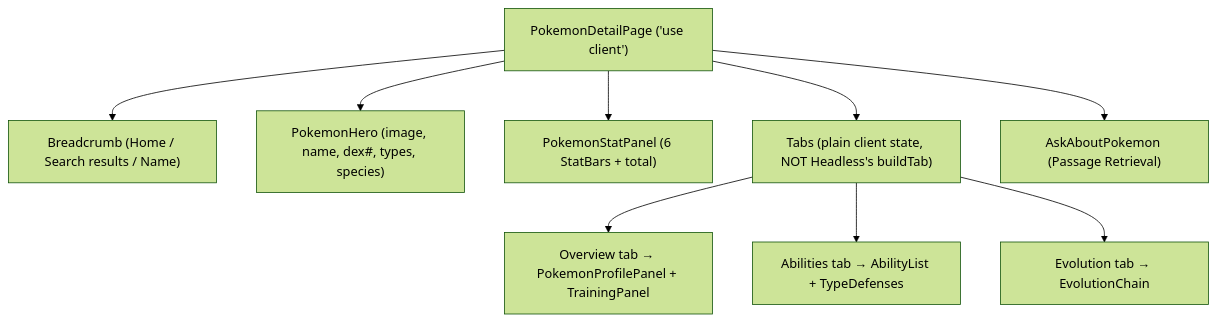
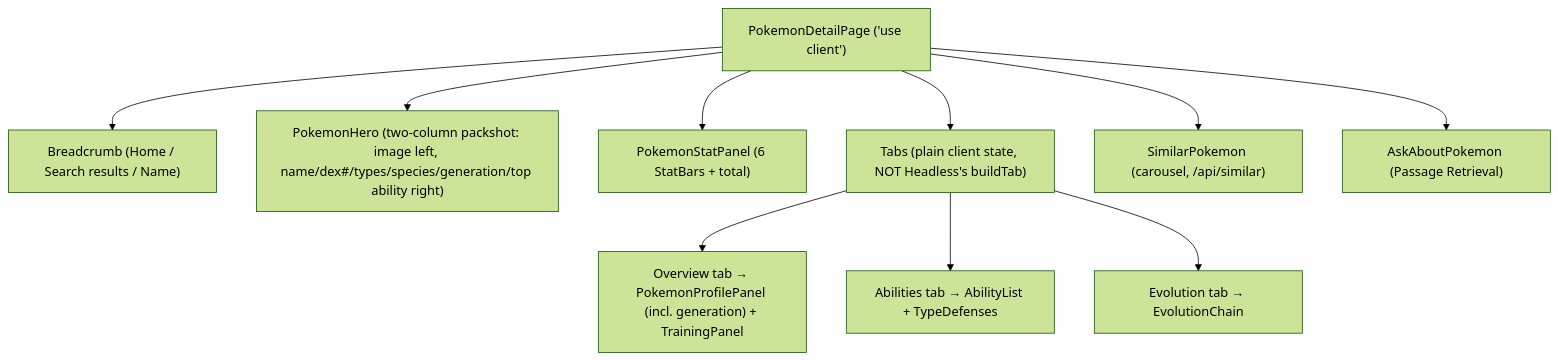
Before and after one commit to venkateshnalla94/coveo-pokemon-assessment: the first of 2 diagrams in docs/architecture/03-detail-page.md, drawn with Mermaid (forest theme). The commit also changed other lines of this file and 15 other files, not shown here.

First line of the commit message:
Clean up and expand docs: fix stale ADRs/architecture, retrofit missing ADRs, expand README

````diff
--- a/docs/architecture/03-detail-page.md
+++ b/docs/architecture/03-detail-page.md
@@ -7,21 +7,23 @@
 ```mermaid
 graph TD
     PDP["PokemonDetailPage ('use client')"]
     BC["Breadcrumb (Home / Search results / Name)"]
-    Hero["PokemonHero (image, name, dex#, types, species)"]
+    Hero["PokemonHero (two-column packshot: image left, name/dex#/types/species/generation/top ability right)"]
     Stats["PokemonStatPanel (6 StatBars + total)"]
     Tabs["Tabs (plain client state, NOT Headless's buildTab)"]
-    Ov["Overview tab → PokemonProfilePanel + TrainingPanel"]
+    Ov["Overview tab → PokemonProfilePanel (incl. generation) + TrainingPanel"]
     Ab["Abilities tab → AbilityList + TypeDefenses"]
     Ev["Evolution tab → EvolutionChain"]
+    Sim["SimilarPokemon (carousel, /api/similar)"]
     Ask["AskAboutPokemon (Passage Retrieval)"]
 
     PDP --> BC
     PDP --> Hero
     PDP --> Stats
     PDP --> Tabs
     Tabs --> Ov
     Tabs --> Ab
     Tabs --> Ev
+    PDP --> Sim
     PDP --> Ask
 ```
````
